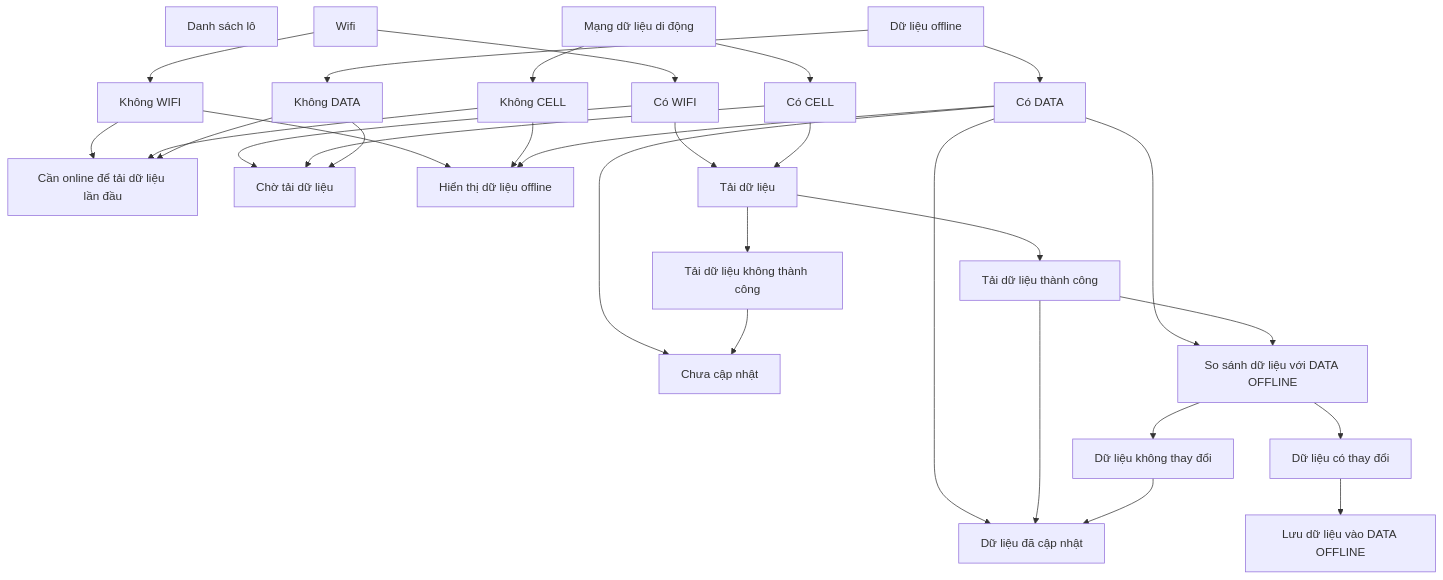
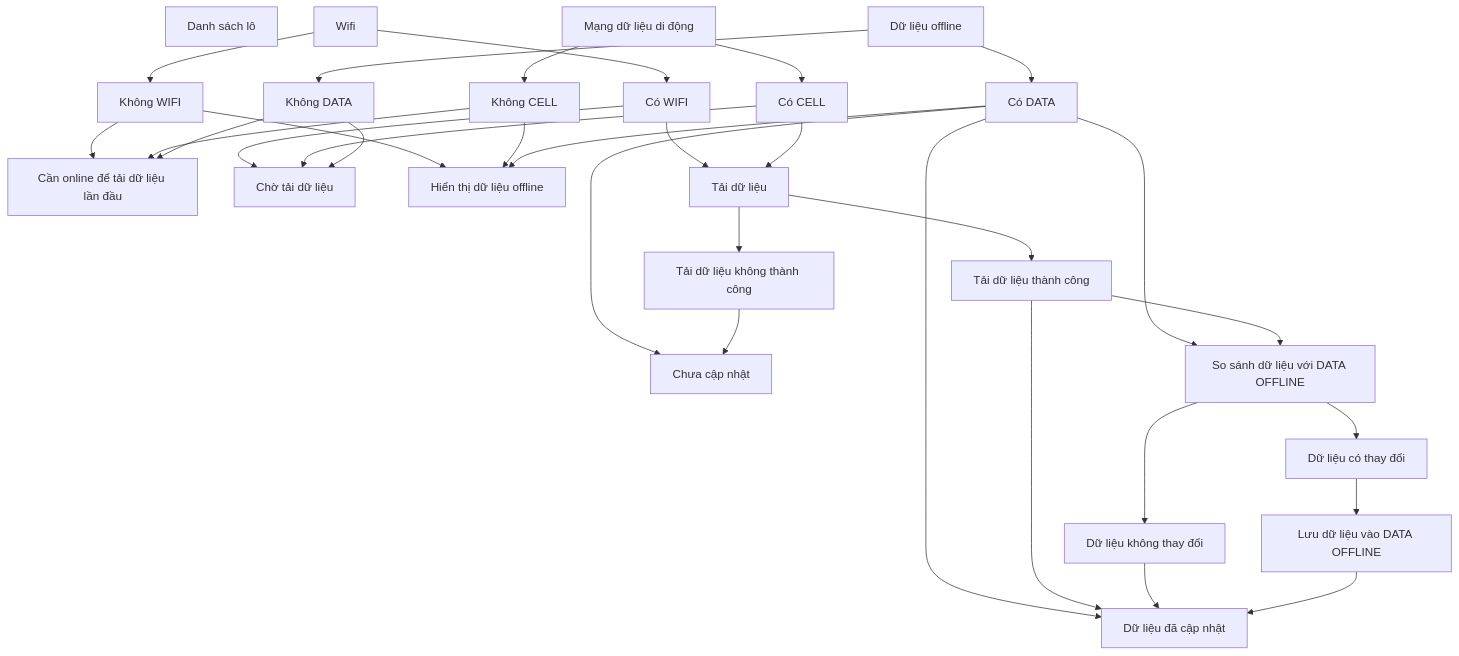
One commit to trethanhphat/tre-thanh-phat-pwa-docs changed the diagram in docs/batches-flow.md. Above: the diagram before and after it, drawn with Mermaid.

````diff
--- a/docs/batches-flow.md
+++ b/docs/batches-flow.md
@@ -1,75 +1,75 @@
 ```mermaid
 flowchart TD
 A["Danh sách lô"]
 CELL["Mạng dữ liệu di động"]
 
 CELL --> CELL-Y["Có CELL"]
 CELL --> CELL-N["Không CELL"]
 
 WIFI["Wifi"]
 
 WIFI --> WIFI-Y["Có WIFI"]
 WIFI --> WIFI-N["Không WIFI"]
 
 DATA["Dữ liệu offline"]
 
 DATA --> DATA-Y["Có DATA"]
 DATA --> DATA-N["Không DATA"]
 
 
 
 EMPTY["Cần online để tải dữ liệu lần đầu"]
 
 WIFI-N --> EMPTY
 CELL-N --> EMPTY
 DATA-N --> EMPTY
 
 WAIT["Chờ tải dữ liệu"]
 
 WIFI-Y --> WAIT
 CELL-Y --> WAIT
 DATA-N --> WAIT
 
 
 OFFLINE["Hiển thị dữ liệu offline"]
 
 WIFI-N --> OFFLINE
 CELL-N --> OFFLINE
 DATA-Y --> OFFLINE
 
 FETCH["Tải dữ liệu"]
 
 WIFI-Y --> FETCH
 CELL-Y --> FETCH
 
 FETCH-Y["Tải dữ liệu thành công"]
 FETCH-N["Tải dữ liệu không thành công"]
 
 FETCH --> FETCH-Y
 FETCH --> FETCH-N
 
 SUCCESS["Dữ liệu đã cập nhật"]
 
 DATA-Y --> SUCCESS
 FETCH-Y --> SUCCESS
 
 FAIL["Chưa cập nhật"]
 DATA-Y --> FAIL
 FETCH-N --> FAIL
 
 COMPARE["So sánh dữ liệu với DATA OFFLINE"]
 
 DATA-Y --> COMPARE
 FETCH-Y --> COMPARE
 
 COMPARE --> COMPARE-Y["Dữ liệu có thay đổi"]
 COMPARE --> COMPARE-N["Dữ liệu không thay đổi"]
 
 COMPARE-N --> SUCCESS
 
 SAVE["Lưu dữ liệu vào DATA OFFLINE"]
 
 COMPARE-Y --> SAVE
-
+SAVE --> SUCCESS
 
 ```
````
